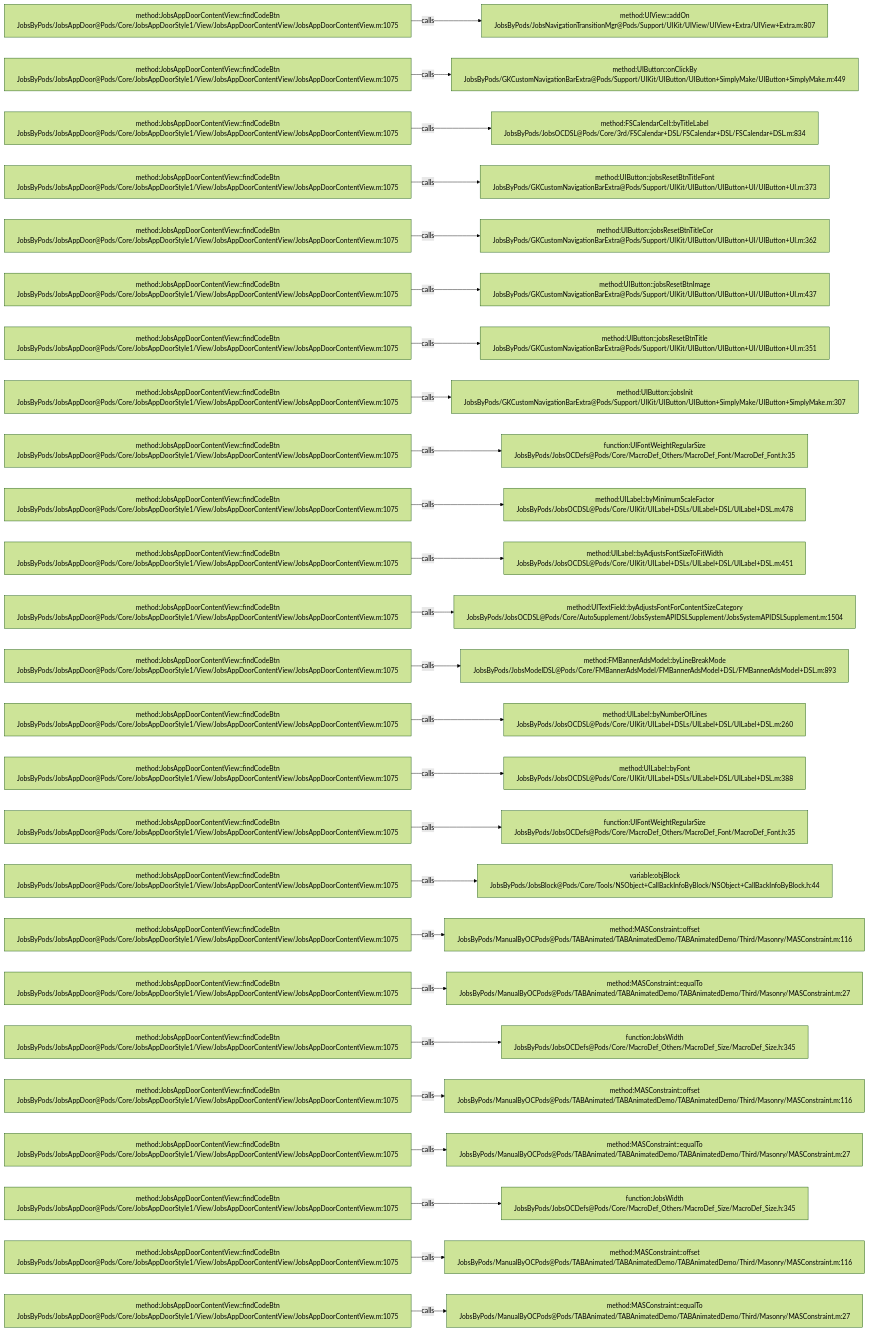
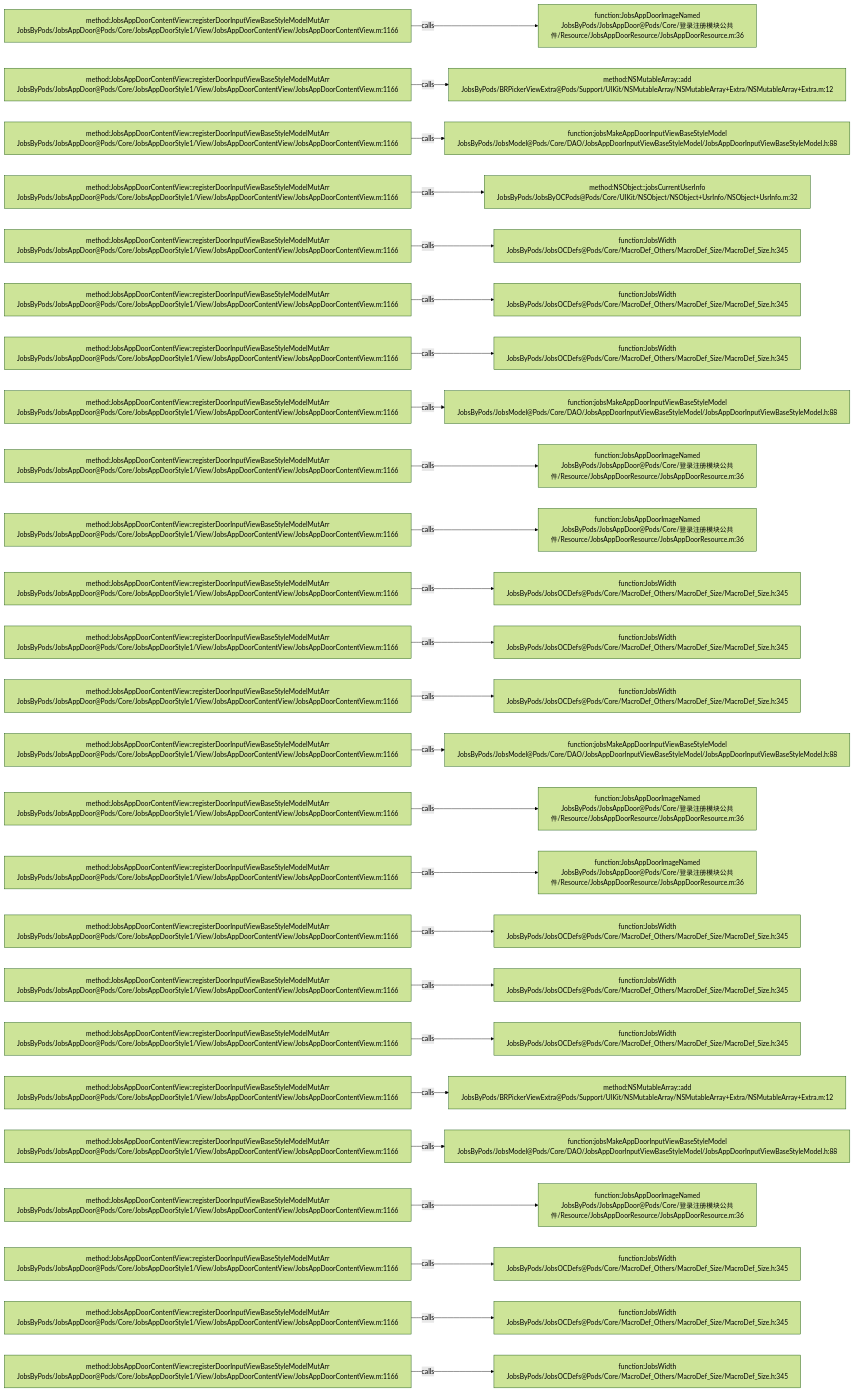
Before and after one commit to JobsKits/JobsOCBaseConfigDemo: the diagram in .codegraph/codegraph.md/graphs/calls-103.md, drawn with Mermaid (forest theme). The commit also changed 223 other files, not shown here.

````diff
--- a/.codegraph/codegraph.md/graphs/calls-103.md
+++ b/.codegraph/codegraph.md/graphs/calls-103.md
@@ -13,78 +13,78 @@
 ```mermaid
 flowchart LR
-  S1["method:JobsAppDoorContentView::findCodeBtn<br/>JobsByPods/JobsAppDoor@Pods/Core/JobsAppDoorStyle1/View/JobsAppDoorContentView/JobsAppDoorContentView.m:1075"]
-  T1["method:UIView::addOn<br/>JobsByPods/JobsNavigationTransitionMgr@Pods/Support/UIKit/UIView/UIView+Extra/UIView+Extra.m:807"]
+  S1["method:JobsAppDoorContentView::registerDoorInputViewBaseStyleModelMutArr<br/>JobsByPods/JobsAppDoor@Pods/Core/JobsAppDoorStyle1/View/JobsAppDoorContentView/JobsAppDoorContentView.m:1166"]
+  T1["function:JobsAppDoorImageNamed<br/>JobsByPods/JobsAppDoor@Pods/Core/登录注册模块公共件/Resource/JobsAppDoorResource/JobsAppDoorResource.m:36"]
   S1 -->|calls| T1
-  S2["method:JobsAppDoorContentView::findCodeBtn<br/>JobsByPods/JobsAppDoor@Pods/Core/JobsAppDoorStyle1/View/JobsAppDoorContentView/JobsAppDoorContentView.m:1075"]
-  T2["method:UIButton::onClickBy<br/>JobsByPods/GKCustomNavigationBarExtra@Pods/Support/UIKit/UIButton/UIButton+SimplyMake/UIButton+SimplyMake.m:449"]
+  S2["method:JobsAppDoorContentView::registerDoorInputViewBaseStyleModelMutArr<br/>JobsByPods/JobsAppDoor@Pods/Core/JobsAppDoorStyle1/View/JobsAppDoorContentView/JobsAppDoorContentView.m:1166"]
+  T2["method:NSMutableArray::add<br/>JobsByPods/BRPickerViewExtra@Pods/Support/UIKit/NSMutableArray/NSMutableArray+Extra/NSMutableArray+Extra.m:12"]
   S2 -->|calls| T2
-  S3["method:JobsAppDoorContentView::findCodeBtn<br/>JobsByPods/JobsAppDoor@Pods/Core/JobsAppDoorStyle1/View/JobsAppDoorContentView/JobsAppDoorContentView.m:1075"]
-  T3["method:FSCalendarCell::byTitleLabel<br/>JobsByPods/JobsOCDSL@Pods/Core/3rd/FSCalendar+DSL/FSCalendar+DSL/FSCalendar+DSL.m:834"]
+  S3["method:JobsAppDoorContentView::registerDoorInputViewBaseStyleModelMutArr<br/>JobsByPods/JobsAppDoor@Pods/Core/JobsAppDoorStyle1/View/JobsAppDoorContentView/JobsAppDoorContentView.m:1166"]
+  T3["function:jobsMakeAppDoorInputViewBaseStyleModel<br/>JobsByPods/JobsModel@Pods/Core/DAO/JobsAppDoorInputViewBaseStyleModel/JobsAppDoorInputViewBaseStyleModel.h:88"]
   S3 -->|calls| T3
-  S4["method:JobsAppDoorContentView::findCodeBtn<br/>JobsByPods/JobsAppDoor@Pods/Core/JobsAppDoorStyle1/View/JobsAppDoorContentView/JobsAppDoorContentView.m:1075"]
-  T4["method:UIButton::jobsResetBtnTitleFont<br/>JobsByPods/GKCustomNavigationBarExtra@Pods/Support/UIKit/UIButton/UIButton+UI/UIButton+UI.m:373"]
+  S4["method:JobsAppDoorContentView::registerDoorInputViewBaseStyleModelMutArr<br/>JobsByPods/JobsAppDoor@Pods/Core/JobsAppDoorStyle1/View/JobsAppDoorContentView/JobsAppDoorContentView.m:1166"]
+  T4["method:NSObject::jobsCurrentUserInfo<br/>JobsByPods/JobsByOCPods@Pods/Core/UIKit/NSObject/NSObject+UsrInfo/NSObject+UsrInfo.m:32"]
   S4 -->|calls| T4
-  S5["method:JobsAppDoorContentView::findCodeBtn<br/>JobsByPods/JobsAppDoor@Pods/Core/JobsAppDoorStyle1/View/JobsAppDoorContentView/JobsAppDoorContentView.m:1075"]
-  T5["method:UIButton::jobsResetBtnTitleCor<br/>JobsByPods/GKCustomNavigationBarExtra@Pods/Support/UIKit/UIButton/UIButton+UI/UIButton+UI.m:362"]
+  S5["method:JobsAppDoorContentView::registerDoorInputViewBaseStyleModelMutArr<br/>JobsByPods/JobsAppDoor@Pods/Core/JobsAppDoorStyle1/View/JobsAppDoorContentView/JobsAppDoorContentView.m:1166"]
+  T5["function:JobsWidth<br/>JobsByPods/JobsOCDefs@Pods/Core/MacroDef_Others/MacroDef_Size/MacroDef_Size.h:345"]
   S5 -->|calls| T5
-  S6["method:JobsAppDoorContentView::findCodeBtn<br/>JobsByPods/JobsAppDoor@Pods/Core/JobsAppDoorStyle1/View/JobsAppDoorContentView/JobsAppDoorContentView.m:1075"]
-  T6["method:UIButton::jobsResetBtnImage<br/>JobsByPods/GKCustomNavigationBarExtra@Pods/Support/UIKit/UIButton/UIButton+UI/UIButton+UI.m:437"]
+  S6["method:JobsAppDoorContentView::registerDoorInputViewBaseStyleModelMutArr<br/>JobsByPods/JobsAppDoor@Pods/Core/JobsAppDoorStyle1/View/JobsAppDoorContentView/JobsAppDoorContentView.m:1166"]
+  T6["function:JobsWidth<br/>JobsByPods/JobsOCDefs@Pods/Core/MacroDef_Others/MacroDef_Size/MacroDef_Size.h:345"]
   S6 -->|calls| T6
-  S7["method:JobsAppDoorContentView::findCodeBtn<br/>JobsByPods/JobsAppDoor@Pods/Core/JobsAppDoorStyle1/View/JobsAppDoorContentView/JobsAppDoorContentView.m:1075"]
-  T7["method:UIButton::jobsResetBtnTitle<br/>JobsByPods/GKCustomNavigationBarExtra@Pods/Support/UIKit/UIButton/UIButton+UI/UIButton+UI.m:351"]
+  S7["method:JobsAppDoorContentView::registerDoorInputViewBaseStyleModelMutArr<br/>JobsByPods/JobsAppDoor@Pods/Core/JobsAppDoorStyle1/View/JobsAppDoorContentView/JobsAppDoorContentView.m:1166"]
+  T7["function:JobsWidth<br/>JobsByPods/JobsOCDefs@Pods/Core/MacroDef_Others/MacroDef_Size/MacroDef_Size.h:345"]
   S7 -->|calls| T7
-  S8["method:JobsAppDoorContentView::findCodeBtn<br/>JobsByPods/JobsAppDoor@Pods/Core/JobsAppDoorStyle1/View/JobsAppDoorContentView/JobsAppDoorContentView.m:1075"]
-  T8["method:UIButton::jobsInit<br/>JobsByPods/GKCustomNavigationBarExtra@Pods/Support/UIKit/UIButton/UIButton+SimplyMake/UIButton+SimplyMake.m:307"]
+  S8["method:JobsAppDoorContentView::registerDoorInputViewBaseStyleModelMutArr<br/>JobsByPods/JobsAppDoor@Pods/Core/JobsAppDoorStyle1/View/JobsAppDoorContentView/JobsAppDoorContentView.m:1166"]
+  T8["function:jobsMakeAppDoorInputViewBaseStyleModel<br/>JobsByPods/JobsModel@Pods/Core/DAO/JobsAppDoorInputViewBaseStyleModel/JobsAppDoorInputViewBaseStyleModel.h:88"]
   S8 -->|calls| T8
-  S9["method:JobsAppDoorContentView::findCodeBtn<br/>JobsByPods/JobsAppDoor@Pods/Core/JobsAppDoorStyle1/View/JobsAppDoorContentView/JobsAppDoorContentView.m:1075"]
-  T9["function:UIFontWeightRegularSize<br/>JobsByPods/JobsOCDefs@Pods/Core/MacroDef_Others/MacroDef_Font/MacroDef_Font.h:35"]
+  S9["method:JobsAppDoorContentView::registerDoorInputViewBaseStyleModelMutArr<br/>JobsByPods/JobsAppDoor@Pods/Core/JobsAppDoorStyle1/View/JobsAppDoorContentView/JobsAppDoorContentView.m:1166"]
+  T9["function:JobsAppDoorImageNamed<br/>JobsByPods/JobsAppDoor@Pods/Core/登录注册模块公共件/Resource/JobsAppDoorResource/JobsAppDoorResource.m:36"]
   S9 -->|calls| T9
-  S10["method:JobsAppDoorContentView::findCodeBtn<br/>JobsByPods/JobsAppDoor@Pods/Core/JobsAppDoorStyle1/View/JobsAppDoorContentView/JobsAppDoorContentView.m:1075"]
-  T10["method:UILabel::byMinimumScaleFactor<br/>JobsByPods/JobsOCDSL@Pods/Core/UIKit/UILabel+DSLs/UILabel+DSL/UILabel+DSL.m:478"]
+  S10["method:JobsAppDoorContentView::registerDoorInputViewBaseStyleModelMutArr<br/>JobsByPods/JobsAppDoor@Pods/Core/JobsAppDoorStyle1/View/JobsAppDoorContentView/JobsAppDoorContentView.m:1166"]
+  T10["function:JobsAppDoorImageNamed<br/>JobsByPods/JobsAppDoor@Pods/Core/登录注册模块公共件/Resource/JobsAppDoorResource/JobsAppDoorResource.m:36"]
   S10 -->|calls| T10
-  S11["method:JobsAppDoorContentView::findCodeBtn<br/>JobsByPods/JobsAppDoor@Pods/Core/JobsAppDoorStyle1/View/JobsAppDoorContentView/JobsAppDoorContentView.m:1075"]
-  T11["method:UILabel::byAdjustsFontSizeToFitWidth<br/>JobsByPods/JobsOCDSL@Pods/Core/UIKit/UILabel+DSLs/UILabel+DSL/UILabel+DSL.m:451"]
+  S11["method:JobsAppDoorContentView::registerDoorInputViewBaseStyleModelMutArr<br/>JobsByPods/JobsAppDoor@Pods/Core/JobsAppDoorStyle1/View/JobsAppDoorContentView/JobsAppDoorContentView.m:1166"]
+  T11["function:JobsWidth<br/>JobsByPods/JobsOCDefs@Pods/Core/MacroDef_Others/MacroDef_Size/MacroDef_Size.h:345"]
   S11 -->|calls| T11
-  S12["method:JobsAppDoorContentView::findCodeBtn<br/>JobsByPods/JobsAppDoor@Pods/Core/JobsAppDoorStyle1/View/JobsAppDoorContentView/JobsAppDoorContentView.m:1075"]
-  T12["method:UITextField::byAdjustsFontForContentSizeCategory<br/>JobsByPods/JobsOCDSL@Pods/Core/AutoSupplement/JobsSystemAPIDSLSupplement/JobsSystemAPIDSLSupplement.m:1504"]
+  S12["method:JobsAppDoorContentView::registerDoorInputViewBaseStyleModelMutArr<br/>JobsByPods/JobsAppDoor@Pods/Core/JobsAppDoorStyle1/View/JobsAppDoorContentView/JobsAppDoorContentView.m:1166"]
+  T12["function:JobsWidth<br/>JobsByPods/JobsOCDefs@Pods/Core/MacroDef_Others/MacroDef_Size/MacroDef_Size.h:345"]
   S12 -->|calls| T12
-  S13["method:JobsAppDoorContentView::findCodeBtn<br/>JobsByPods/JobsAppDoor@Pods/Core/JobsAppDoorStyle1/View/JobsAppDoorContentView/JobsAppDoorContentView.m:1075"]
-  T13["method:FMBannerAdsModel::byLineBreakMode<br/>JobsByPods/JobsModelDSL@Pods/Core/FMBannerAdsModel/FMBannerAdsModel+DSL/FMBannerAdsModel+DSL.m:893"]
+  S13["method:JobsAppDoorContentView::registerDoorInputViewBaseStyleModelMutArr<br/>JobsByPods/JobsAppDoor@Pods/Core/JobsAppDoorStyle1/View/JobsAppDoorContentView/JobsAppDoorContentView.m:1166"]
+  T13["function:JobsWidth<br/>JobsByPods/JobsOCDefs@Pods/Core/MacroDef_Others/MacroDef_Size/MacroDef_Size.h:345"]
   S13 -->|calls| T13
-  S14["method:JobsAppDoorContentView::findCodeBtn<br/>JobsByPods/JobsAppDoor@Pods/Core/JobsAppDoorStyle1/View/JobsAppDoorContentView/JobsAppDoorContentView.m:1075"]
-  T14["method:UILabel::byNumberOfLines<br/>JobsByPods/JobsOCDSL@Pods/Core/UIKit/UILabel+DSLs/UILabel+DSL/UILabel+DSL.m:260"]
+  S14["method:JobsAppDoorContentView::registerDoorInputViewBaseStyleModelMutArr<br/>JobsByPods/JobsAppDoor@Pods/Core/JobsAppDoorStyle1/View/JobsAppDoorContentView/JobsAppDoorContentView.m:1166"]
+  T14["function:jobsMakeAppDoorInputViewBaseStyleModel<br/>JobsByPods/JobsModel@Pods/Core/DAO/JobsAppDoorInputViewBaseStyleModel/JobsAppDoorInputViewBaseStyleModel.h:88"]
   S14 -->|calls| T14
-  S15["method:JobsAppDoorContentView::findCodeBtn<br/>JobsByPods/JobsAppDoor@Pods/Core/JobsAppDoorStyle1/View/JobsAppDoorContentView/JobsAppDoorContentView.m:1075"]
-  T15["method:UILabel::byFont<br/>JobsByPods/JobsOCDSL@Pods/Core/UIKit/UILabel+DSLs/UILabel+DSL/UILabel+DSL.m:388"]
+  S15["method:JobsAppDoorContentView::registerDoorInputViewBaseStyleModelMutArr<br/>JobsByPods/JobsAppDoor@Pods/Core/JobsAppDoorStyle1/View/JobsAppDoorContentView/JobsAppDoorContentView.m:1166"]
+  T15["function:JobsAppDoorImageNamed<br/>JobsByPods/JobsAppDoor@Pods/Core/登录注册模块公共件/Resource/JobsAppDoorResource/JobsAppDoorResource.m:36"]
   S15 -->|calls| T15
-  S16["method:JobsAppDoorContentView::findCodeBtn<br/>JobsByPods/JobsAppDoor@Pods/Core/JobsAppDoorStyle1/View/JobsAppDoorContentView/JobsAppDoorContentView.m:1075"]
-  T16["function:UIFontWeightRegularSize<br/>JobsByPods/JobsOCDefs@Pods/Core/MacroDef_Others/MacroDef_Font/MacroDef_Font.h:35"]
+  S16["method:JobsAppDoorContentView::registerDoorInputViewBaseStyleModelMutArr<br/>JobsByPods/JobsAppDoor@Pods/Core/JobsAppDoorStyle1/View/JobsAppDoorContentView/JobsAppDoorContentView.m:1166"]
+  T16["function:JobsAppDoorImageNamed<br/>JobsByPods/JobsAppDoor@Pods/Core/登录注册模块公共件/Resource/JobsAppDoorResource/JobsAppDoorResource.m:36"]
   S16 -->|calls| T16
-  S17["method:JobsAppDoorContentView::findCodeBtn<br/>JobsByPods/JobsAppDoor@Pods/Core/JobsAppDoorStyle1/View/JobsAppDoorContentView/JobsAppDoorContentView.m:1075"]
-  T17["variable:objBlock<br/>JobsByPods/JobsBlock@Pods/Core/Tools/NSObject+CallBackInfoByBlock/NSObject+CallBackInfoByBlock.h:44"]
+  S17["method:JobsAppDoorContentView::registerDoorInputViewBaseStyleModelMutArr<br/>JobsByPods/JobsAppDoor@Pods/Core/JobsAppDoorStyle1/View/JobsAppDoorContentView/JobsAppDoorContentView.m:1166"]
+  T17["function:JobsWidth<br/>JobsByPods/JobsOCDefs@Pods/Core/MacroDef_Others/MacroDef_Size/MacroDef_Size.h:345"]
   S17 -->|calls| T17
-  S18["method:JobsAppDoorContentView::findCodeBtn<br/>JobsByPods/JobsAppDoor@Pods/Core/JobsAppDoorStyle1/View/JobsAppDoorContentView/JobsAppDoorContentView.m:1075"]
-  T18["method:MASConstraint::offset<br/>JobsByPods/ManualByOCPods@Pods/TABAnimated/TABAnimatedDemo/TABAnimatedDemo/Third/Masonry/MASConstraint.m:116"]
+  S18["method:JobsAppDoorContentView::registerDoorInputViewBaseStyleModelMutArr<br/>JobsByPods/JobsAppDoor@Pods/Core/JobsAppDoorStyle1/View/JobsAppDoorContentView/JobsAppDoorContentView.m:1166"]
+  T18["function:JobsWidth<br/>JobsByPods/JobsOCDefs@Pods/Core/MacroDef_Others/MacroDef_Size/MacroDef_Size.h:345"]
   S18 -->|calls| T18
-  S19["method:JobsAppDoorContentView::findCodeBtn<br/>JobsByPods/JobsAppDoor@Pods/Core/JobsAppDoorStyle1/View/JobsAppDoorContentView/JobsAppDoorContentView.m:1075"]
-  T19["method:MASConstraint::equalTo<br/>JobsByPods/ManualByOCPods@Pods/TABAnimated/TABAnimatedDemo/TABAnimatedDemo/Third/Masonry/MASConstraint.m:27"]
+  S19["method:JobsAppDoorContentView::registerDoorInputViewBaseStyleModelMutArr<br/>JobsByPods/JobsAppDoor@Pods/Core/JobsAppDoorStyle1/View/JobsAppDoorContentView/JobsAppDoorContentView.m:1166"]
+  T19["function:JobsWidth<br/>JobsByPods/JobsOCDefs@Pods/Core/MacroDef_Others/MacroDef_Size/MacroDef_Size.h:345"]
   S19 -->|calls| T19
-  S20["method:JobsAppDoorContentView::findCodeBtn<br/>JobsByPods/JobsAppDoor@Pods/Core/JobsAppDoorStyle1/View/JobsAppDoorContentView/JobsAppDoorContentView.m:1075"]
-  T20["function:JobsWidth<br/>JobsByPods/JobsOCDefs@Pods/Core/MacroDef_Others/MacroDef_Size/MacroDef_Size.h:345"]
+  S20["method:JobsAppDoorContentView::registerDoorInputViewBaseStyleModelMutArr<br/>JobsByPods/JobsAppDoor@Pods/Core/JobsAppDoorStyle1/View/JobsAppDoorContentView/JobsAppDoorContentView.m:1166"]
+  T20["method:NSMutableArray::add<br/>JobsByPods/BRPickerViewExtra@Pods/Support/UIKit/NSMutableArray/NSMutableArray+Extra/NSMutableArray+Extra.m:12"]
   S20 -->|calls| T20
-  S21["method:JobsAppDoorContentView::findCodeBtn<br/>JobsByPods/JobsAppDoor@Pods/Core/JobsAppDoorStyle1/View/JobsAppDoorContentView/JobsAppDoorContentView.m:1075"]
-  T21["method:MASConstraint::offset<br/>JobsByPods/ManualByOCPods@Pods/TABAnimated/TABAnimatedDemo/TABAnimatedDemo/Third/Masonry/MASConstraint.m:116"]
+  S21["method:JobsAppDoorContentView::registerDoorInputViewBaseStyleModelMutArr<br/>JobsByPods/JobsAppDoor@Pods/Core/JobsAppDoorStyle1/View/JobsAppDoorContentView/JobsAppDoorContentView.m:1166"]
+  T21["function:jobsMakeAppDoorInputViewBaseStyleModel<br/>JobsByPods/JobsModel@Pods/Core/DAO/JobsAppDoorInputViewBaseStyleModel/JobsAppDoorInputViewBaseStyleModel.h:88"]
   S21 -->|calls| T21
-  S22["method:JobsAppDoorContentView::findCodeBtn<br/>JobsByPods/JobsAppDoor@Pods/Core/JobsAppDoorStyle1/View/JobsAppDoorContentView/JobsAppDoorContentView.m:1075"]
-  T22["method:MASConstraint::equalTo<br/>JobsByPods/ManualByOCPods@Pods/TABAnimated/TABAnimatedDemo/TABAnimatedDemo/Third/Masonry/MASConstraint.m:27"]
+  S22["method:JobsAppDoorContentView::registerDoorInputViewBaseStyleModelMutArr<br/>JobsByPods/JobsAppDoor@Pods/Core/JobsAppDoorStyle1/View/JobsAppDoorContentView/JobsAppDoorContentView.m:1166"]
+  T22["function:JobsAppDoorImageNamed<br/>JobsByPods/JobsAppDoor@Pods/Core/登录注册模块公共件/Resource/JobsAppDoorResource/JobsAppDoorResource.m:36"]
   S22 -->|calls| T22
-  S23["method:JobsAppDoorContentView::findCodeBtn<br/>JobsByPods/JobsAppDoor@Pods/Core/JobsAppDoorStyle1/View/JobsAppDoorContentView/JobsAppDoorContentView.m:1075"]
+  S23["method:JobsAppDoorContentView::registerDoorInputViewBaseStyleModelMutArr<br/>JobsByPods/JobsAppDoor@Pods/Core/JobsAppDoorStyle1/View/JobsAppDoorContentView/JobsAppDoorContentView.m:1166"]
   T23["function:JobsWidth<br/>JobsByPods/JobsOCDefs@Pods/Core/MacroDef_Others/MacroDef_Size/MacroDef_Size.h:345"]
   S23 -->|calls| T23
-  S24["method:JobsAppDoorContentView::findCodeBtn<br/>JobsByPods/JobsAppDoor@Pods/Core/JobsAppDoorStyle1/View/JobsAppDoorContentView/JobsAppDoorContentView.m:1075"]
-  T24["method:MASConstraint::offset<br/>JobsByPods/ManualByOCPods@Pods/TABAnimated/TABAnimatedDemo/TABAnimatedDemo/Third/Masonry/MASConstraint.m:116"]
+  S24["method:JobsAppDoorContentView::registerDoorInputViewBaseStyleModelMutArr<br/>JobsByPods/JobsAppDoor@Pods/Core/JobsAppDoorStyle1/View/JobsAppDoorContentView/JobsAppDoorContentView.m:1166"]
+  T24["function:JobsWidth<br/>JobsByPods/JobsOCDefs@Pods/Core/MacroDef_Others/MacroDef_Size/MacroDef_Size.h:345"]
   S24 -->|calls| T24
-  S25["method:JobsAppDoorContentView::findCodeBtn<br/>JobsByPods/JobsAppDoor@Pods/Core/JobsAppDoorStyle1/View/JobsAppDoorContentView/JobsAppDoorContentView.m:1075"]
-  T25["method:MASConstraint::equalTo<br/>JobsByPods/ManualByOCPods@Pods/TABAnimated/TABAnimatedDemo/TABAnimatedDemo/Third/Masonry/MASConstraint.m:27"]
+  S25["method:JobsAppDoorContentView::registerDoorInputViewBaseStyleModelMutArr<br/>JobsByPods/JobsAppDoor@Pods/Core/JobsAppDoorStyle1/View/JobsAppDoorContentView/JobsAppDoorContentView.m:1166"]
+  T25["function:JobsWidth<br/>JobsByPods/JobsOCDefs@Pods/Core/MacroDef_Others/MacroDef_Size/MacroDef_Size.h:345"]
   S25 -->|calls| T25
 ```
````
